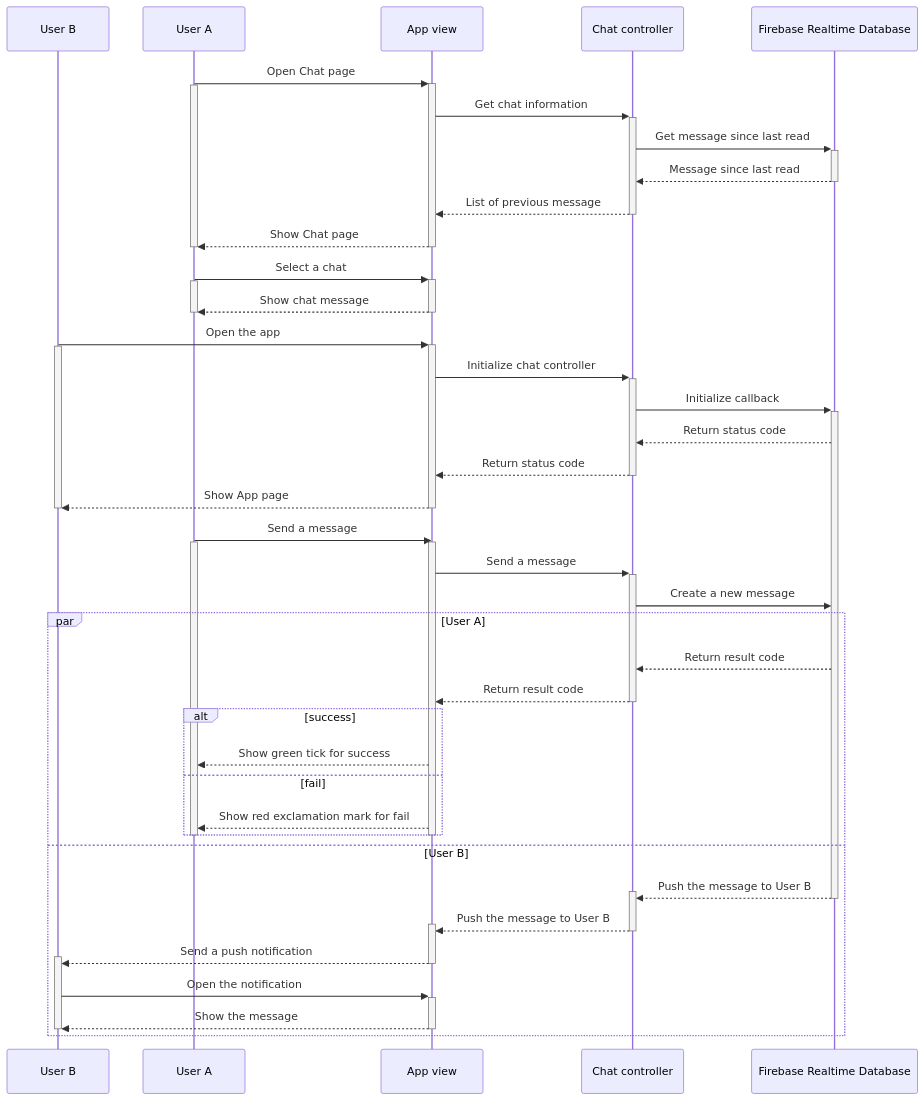
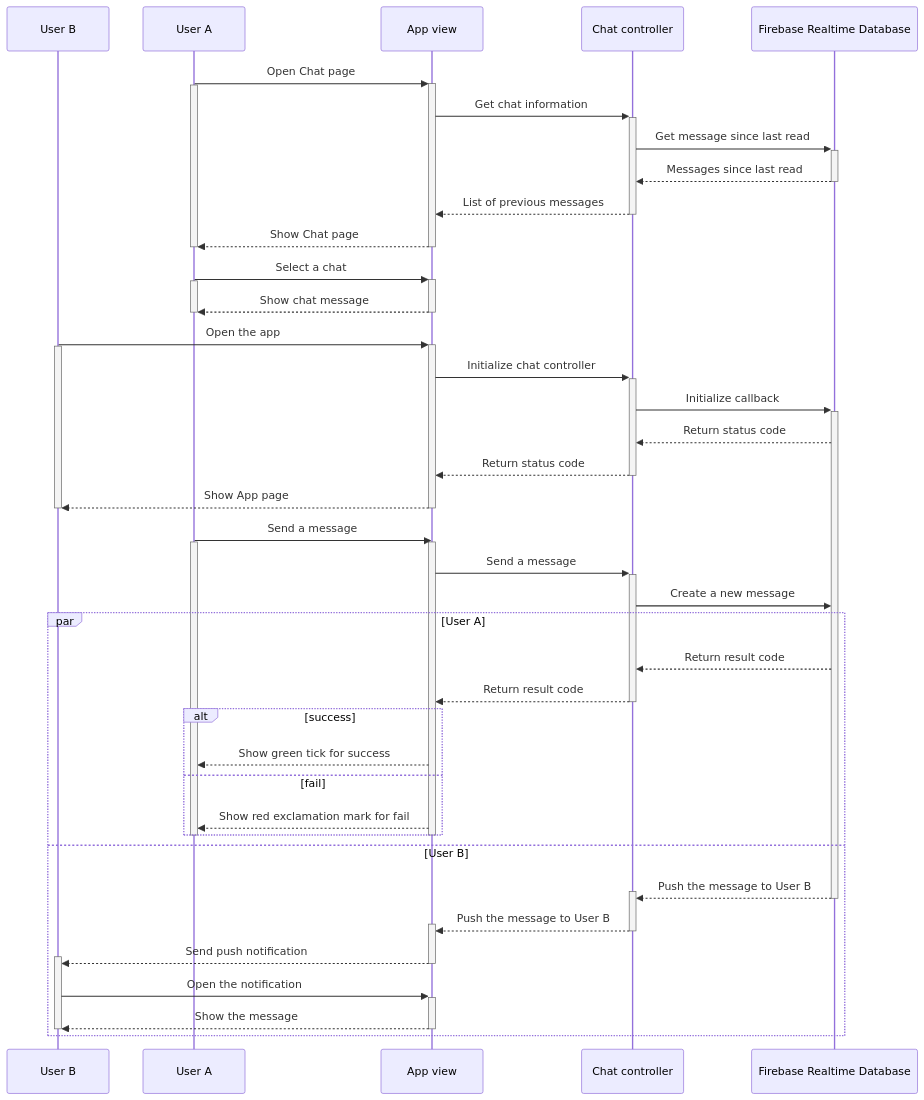
Before and after one commit to BozhanL/FlatFinder: the diagram in diagram/UML Sequence Diagram.mermaid.md, drawn with Mermaid.

Commit message:
Apply suggestions from code review

````diff
--- a/diagram/UML Sequence Diagram.mermaid.md
+++ b/diagram/UML Sequence Diagram.mermaid.md
@@ -3,64 +3,64 @@
 ```mermaid
 sequenceDiagram
     participant User B
     participant User A
     participant App view
     participant Chat controller
     participant Firebase Realtime Database
 
 %% Open chat page
     User A->>+App view: Open Chat page
     activate User A
         App view->>+Chat controller: Get chat information
         Chat controller->>+Firebase Realtime Database: Get message since last read
-        Firebase Realtime Database-->>-Chat controller: Message since last read
-        Chat controller-->>-App view: List of previous message
+        Firebase Realtime Database-->>-Chat controller: Messages since last read
+        Chat controller-->>-App view: List of previous messages
         App view-->>-User A: Show Chat page
     deactivate User A
     
 %% Open a chat from list
     User A->>+App view: Select a chat
     activate User A
         App view-->>-User A: Show chat message
     deactivate User A
 
 %% Register a message call back
     User B->>+App view: Open the app
     activate User B
         App view->>+Chat controller: Initialize chat controller
         Chat controller->>+Firebase Realtime Database: Initialize callback
         Firebase Realtime Database-->>Chat controller: Return status code
         Chat controller-->>-App view: Return status code
         App view-->>-User B: Show App page
     deactivate User B
 
 %% Send message
     User A->>App view: Send a message
     activate User A
     activate App view
     App view->>+Chat controller: Send a message
     Chat controller->>Firebase Realtime Database: Create a new message
     par User A
         Firebase Realtime Database-->>Chat controller: Return result code
         Chat controller-->>-App view: Return result code
         alt success
         App view-->>User A: Show green tick for success
         else fail
         App view-->>User A: Show red exclamation mark for fail
         end
         deactivate App view
         deactivate User A
 
 %% Receive a message
     and User B
         Firebase Realtime Database-->>+Chat controller: Push the message to User B
         deactivate Firebase Realtime Database
         Chat controller-->>+App view: Push the message to User B
         deactivate Chat controller
-        App view-->>+User B:Send a push notification
+        App view-->>+User B: Send push notification
         deactivate App view
         User B->>+App view: Open the notification
         App view-->>-User B: Show the message
         deactivate User B
     end
 ```
````
